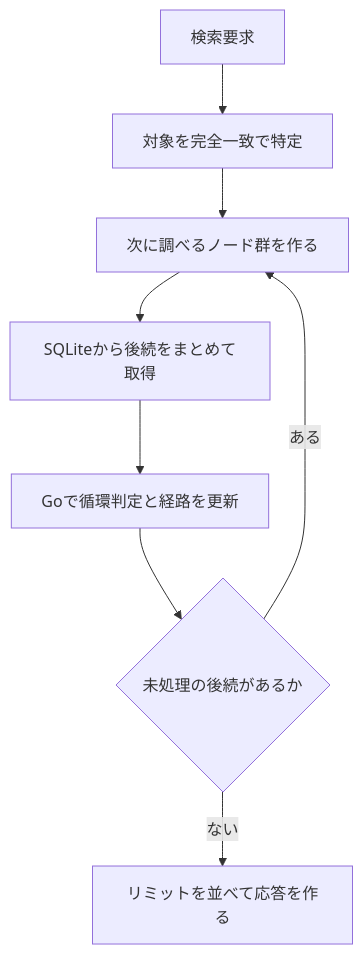
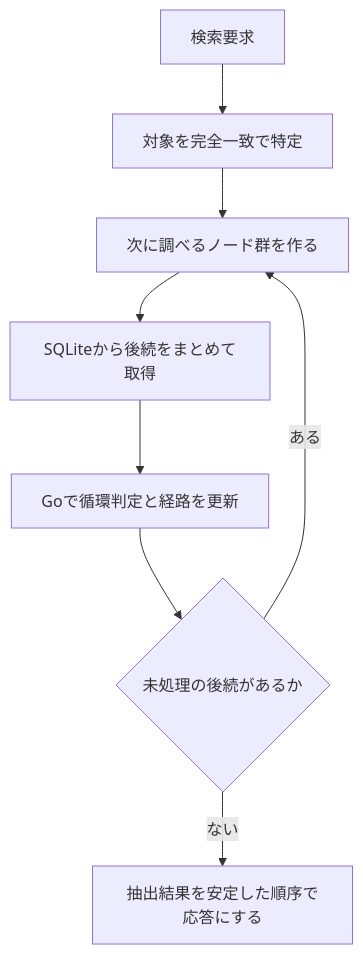
The third of 3 diagrams in docs/design/architecture.md (vnzzzz/batch-scope), drawn with Mermaid before and after one commit. The commit also changed other lines of this file and 4 other files, not shown here.

````diff
--- a/docs/design/architecture.md
+++ b/docs/design/architecture.md
@@ -99,10 +99,10 @@
 ```mermaid
 flowchart TD
     Q[検索要求] --> I[対象を完全一致で特定]
     I --> F[次に調べるノード群を作る]
     F --> S[SQLiteから後続をまとめて取得]
     S --> G[Goで循環判定と経路を更新]
     G --> D{未処理の後続があるか}
     D -->|ある| F
-    D -->|ない| O[リミットを並べて応答を作る]
+    D -->|ない| O[抽出結果を安定した順序で応答にする]
 ```
````
